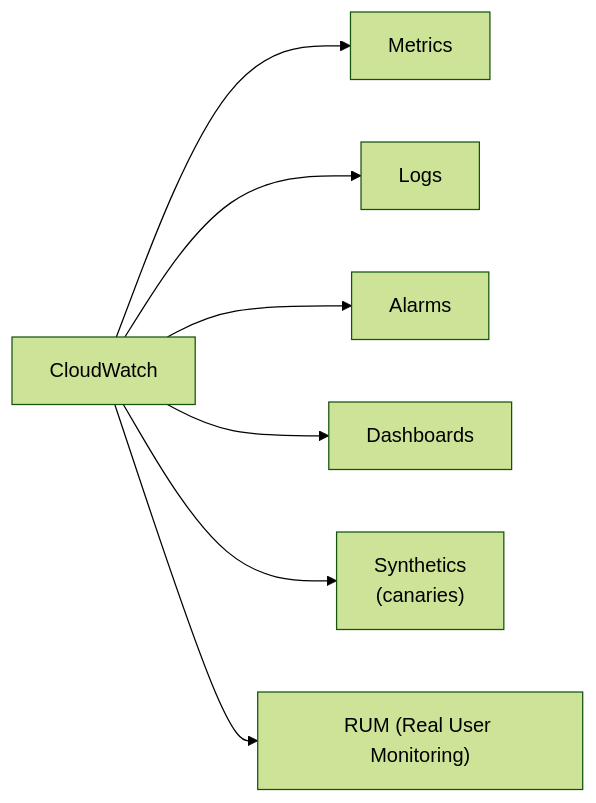
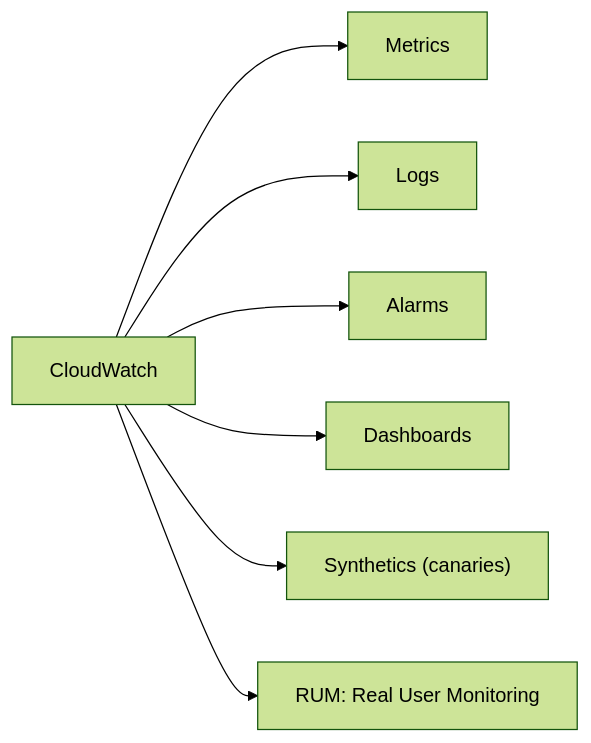
One commit to shinkeonkim/shinkeonkim.github.io changed the second of 3 diagrams in src/content/wiki/cloud/aws-cloudwatch.mdx. Above: the diagram before and after it, drawn with Mermaid (forest theme). The commit also changed other lines of this file and 526 other files, not shown here.

First line of the commit message:
content(wiki): 전수조사 및 대규모 보강 (짧은 파일 0, mermaid +645)

````diff
--- a/src/content/wiki/cloud/aws-cloudwatch.mdx
+++ b/src/content/wiki/cloud/aws-cloudwatch.mdx
@@ -18,10 +50,10 @@
 ```mermaid
 flowchart LR
     CW[CloudWatch]
     CW --> M[Metrics]
     CW --> L[Logs]
     CW --> A[Alarms]
     CW --> D[Dashboards]
-    CW --> SY["Synthetics<br/>(canaries)"]
-    CW --> RUM["RUM (Real User Monitoring)"]
+    CW --> SY["Synthetics (canaries)"]
+    CW --> RUM["RUM: Real User Monitoring"]
 ```
````
